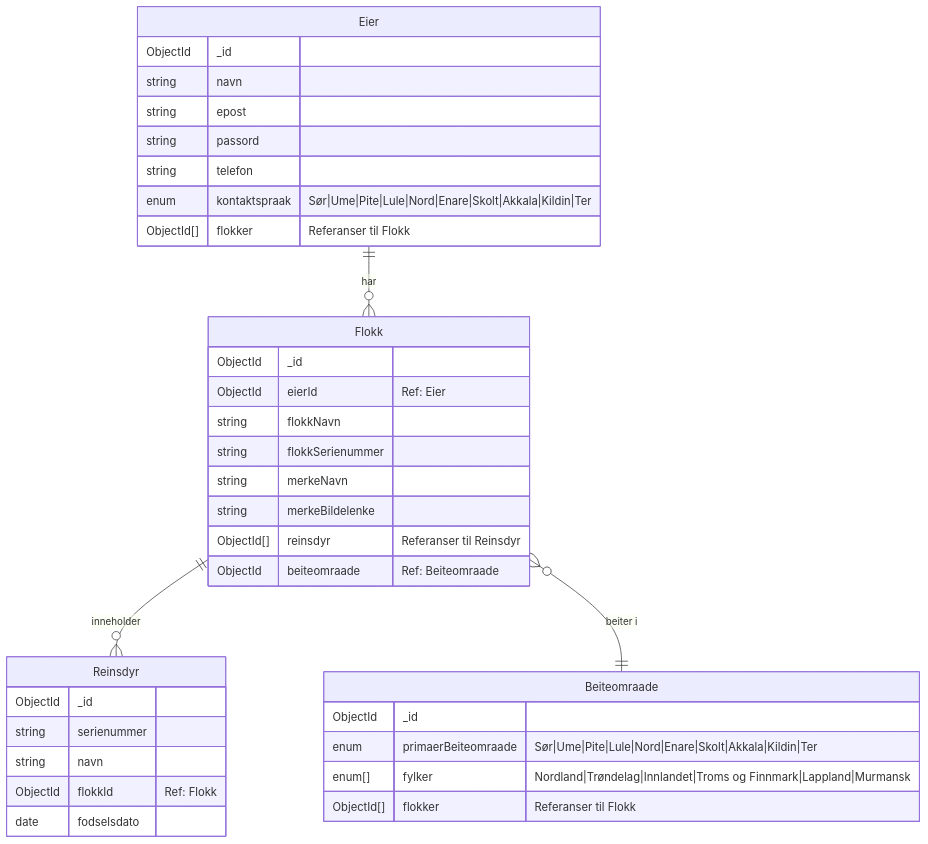
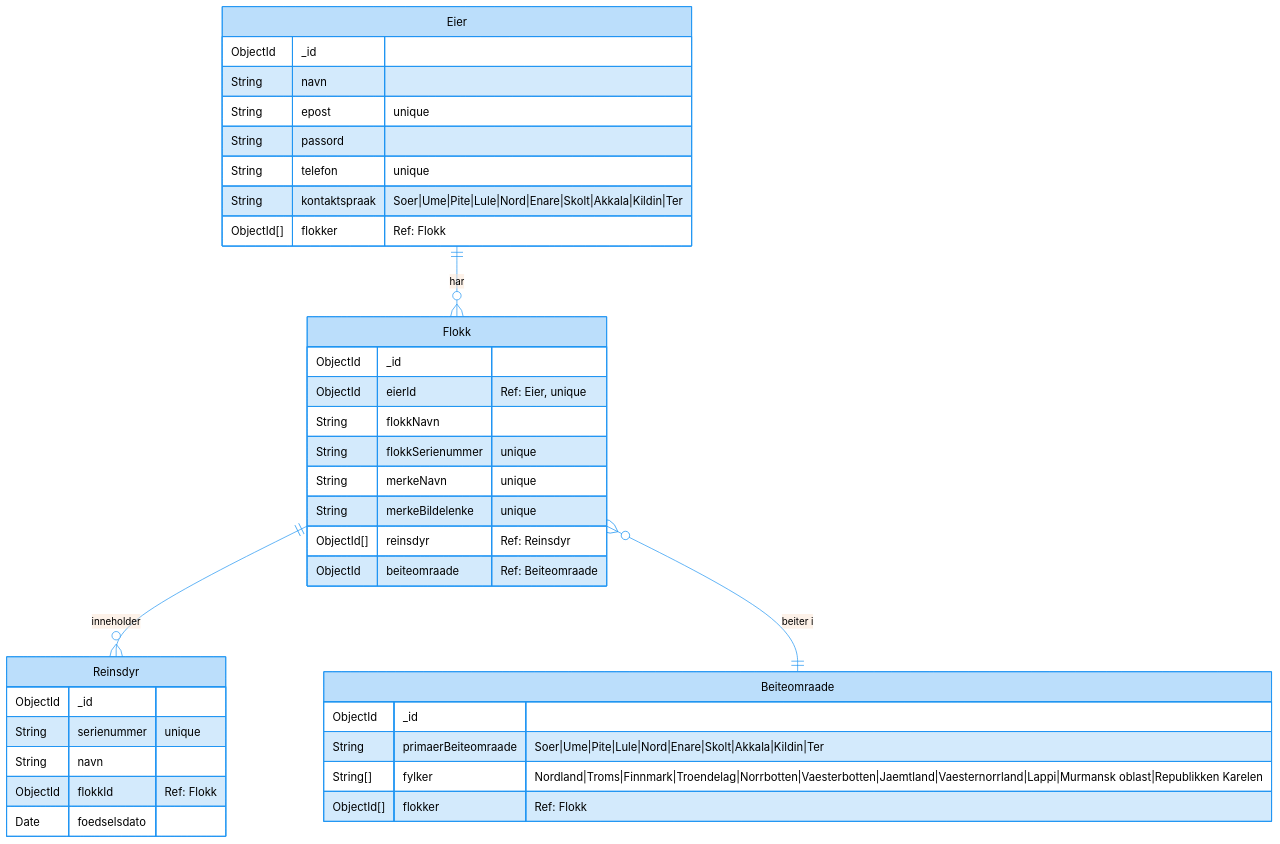
Before and after one commit to EliasNeerbye/Reinsdyr-Broker-ProveProveEksamen: the diagram in README.md, drawn with Mermaid.

````diff
--- a/README.md
+++ b/README.md
@@ -25,42 +25,53 @@
 ```mermaid
+%%{init: {
+  'theme': 'base',
+  'themeVariables': {
+    'primaryColor': '#BBDEFB',
+    'primaryTextColor': '#000',
+    'primaryBorderColor': '#2196F3',
+    'lineColor': '#2196F3',
+    'textColor': '#333'
+  }
+}}%%
+
 erDiagram
     Eier {
         ObjectId _id
-        string navn
-        string epost
-        string passord
-        string telefon
-        enum kontaktspraak "Sør|Ume|Pite|Lule|Nord|Enare|Skolt|Akkala|Kildin|Ter"
-        ObjectId[] flokker "Referanser til Flokk"
+        String navn
+        String epost "unique"
+        String passord
+        String telefon "unique"
+        String kontaktspraak "Soer|Ume|Pite|Lule|Nord|Enare|Skolt|Akkala|Kildin|Ter"
+        ObjectId[] flokker "Ref: Flokk"
     }
     
     Flokk {
         ObjectId _id
-        ObjectId eierId "Ref: Eier"
-        string flokkNavn
-        string flokkSerienummer
-        string merkeNavn
-        string merkeBildelenke
-        ObjectId[] reinsdyr "Referanser til Reinsdyr"
+        ObjectId eierId "Ref: Eier, unique"
+        String flokkNavn
+        String flokkSerienummer "unique"
+        String merkeNavn "unique"
+        String merkeBildelenke "unique"
+        ObjectId[] reinsdyr "Ref: Reinsdyr"
         ObjectId beiteomraade "Ref: Beiteomraade"
     }
     
     Reinsdyr {
         ObjectId _id
-        string serienummer
-        string navn
+        String serienummer "unique"
+        String navn
         ObjectId flokkId "Ref: Flokk"
-        date fodselsdato
+        Date foedselsdato
     }
 
     Beiteomraade {
         ObjectId _id
-        enum primaerBeiteomraade "Sør|Ume|Pite|Lule|Nord|Enare|Skolt|Akkala|Kildin|Ter"
-        enum[] fylker "Nordland|Trøndelag|Innlandet|Troms og Finnmark|Lappland|Murmansk"
-        ObjectId[] flokker "Referanser til Flokk"
+        String primaerBeiteomraade "Soer|Ume|Pite|Lule|Nord|Enare|Skolt|Akkala|Kildin|Ter"
+        String[] fylker "Nordland|Troms|Finnmark|Troendelag|Norrbotten|Vaesterbotten|Jaemtland|Vaesternorrland|Lappi|Murmansk oblast|Republikken Karelen"
+        ObjectId[] flokker "Ref: Flokk"
     }
 
-    Eier ||--o{ Flokk : har
-    Flokk ||--o{ Reinsdyr : inneholder
+    Eier ||--o{ Flokk : "har"
+    Flokk ||--o{ Reinsdyr : "inneholder"
     Flokk }o--|| Beiteomraade : "beiter i"
 ```
````
